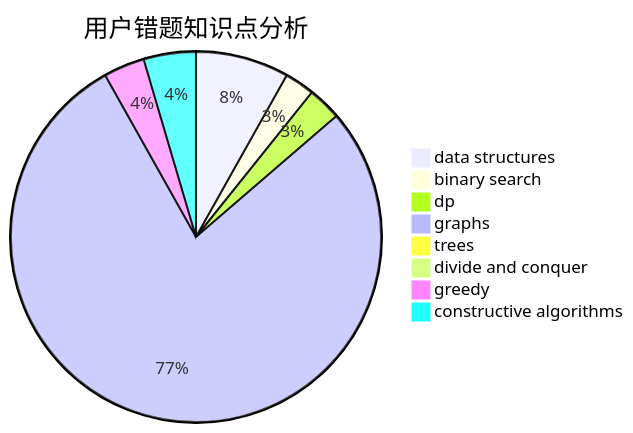
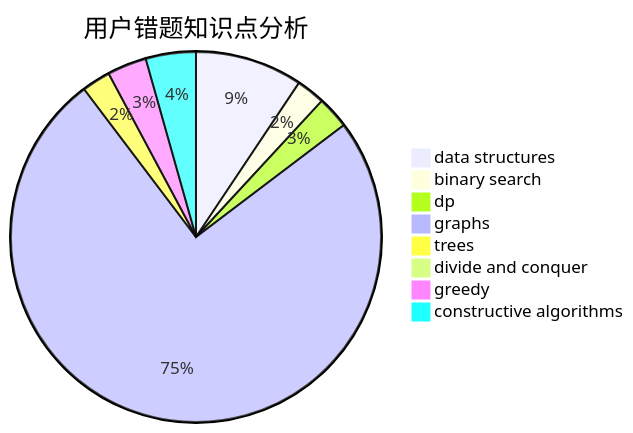
Before and after one commit to sherpahu/cfrs.github.io: the third of 3 diagrams in docs/user/u2657.md, drawn with Mermaid. The commit also changed other lines of this file and 2770 other files, not shown here.

````diff
--- a/docs/user/u2657.md
+++ b/docs/user/u2657.md
@@ -36,11 +36,11 @@
 ```mermaid
 pie title 用户错题知识点分析
-    "data structures" :  25
+    "data structures" :  30
     "binary search" :  8
     "dp" :  9
     "graphs" :  240
-    "trees" :  3
+    "trees" :  8
     "divide and conquer" :  2
     "greedy" :  11
     "constructive algorithms" :  14
 ```
````
